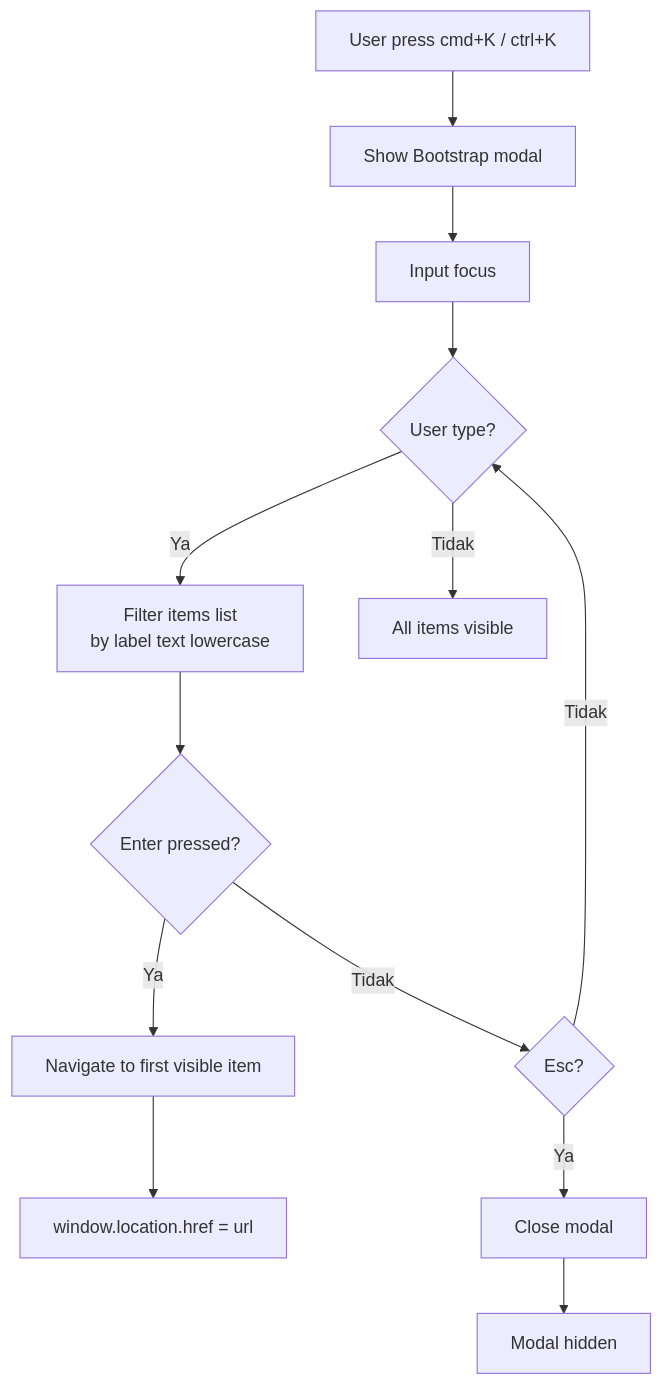
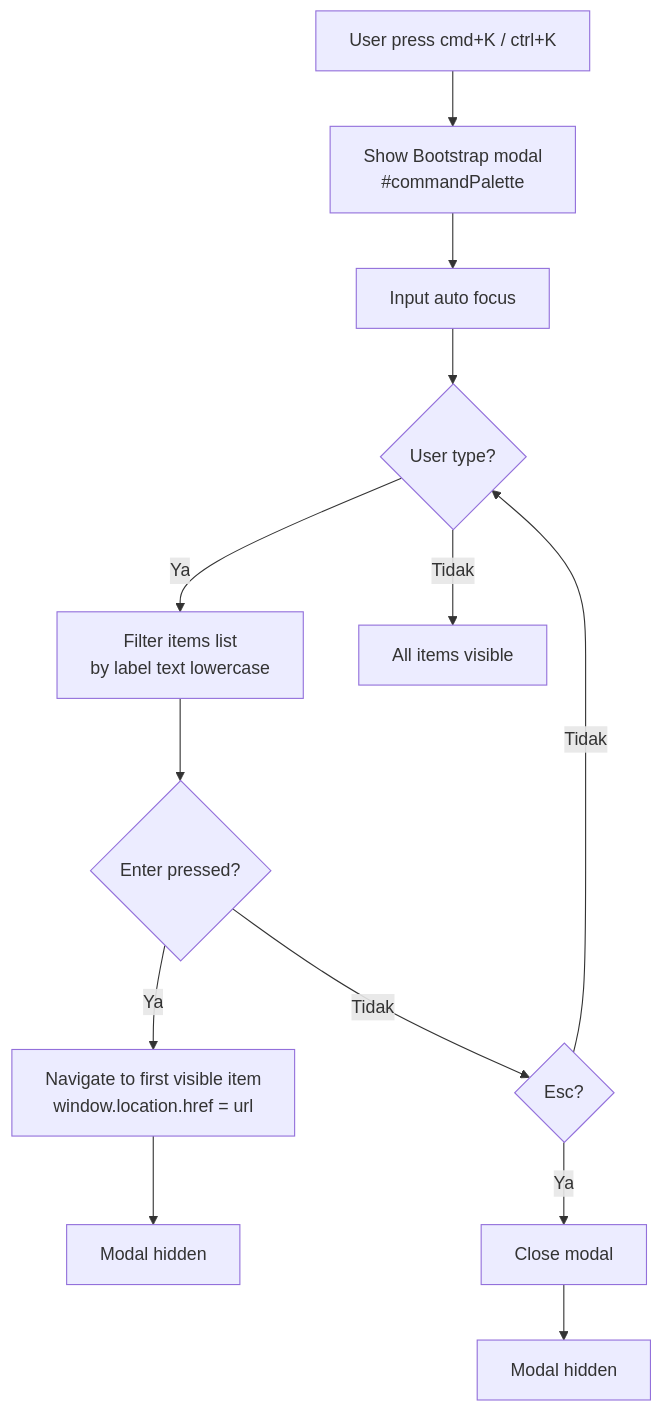
Before and after one commit to TudeOrangBiasa/silk-swarakarna-uas: diagram 13 of 13 in docs/business-logic.md, drawn with Mermaid. The commit also changed other lines of this file and 1 other file, not shown here.

First line of the commit message:
docs: full sync architecture + business-logic with codebase

````diff
--- a/docs/business-logic.md
+++ b/docs/business-logic.md
@@ -376,15 +457,15 @@
 ```mermaid
 flowchart TD
-    A[User press cmd+K / ctrl+K] --> B[Show Bootstrap modal]
-    B --> C[Input focus]
+    A[User press cmd+K / ctrl+K] --> B[Show Bootstrap modal<br/>#commandPalette]
+    B --> C[Input auto focus]
     C --> D{User type?}
     D -->|Ya| E[Filter items list<br/>by label text lowercase]
     D -->|Tidak| F[All items visible]
     E --> G{Enter pressed?}
-    G -->|Ya| H[Navigate to first visible item]
+    G -->|Ya| H[Navigate to first visible item<br/>window.location.href = url]
     G -->|Tidak| I{Esc?}
     I -->|Ya| J[Close modal]
     I -->|Tidak| D
-    H --> K[window.location.href = url]
+    H --> K[Modal hidden]
     J --> L[Modal hidden]
 ```
````
